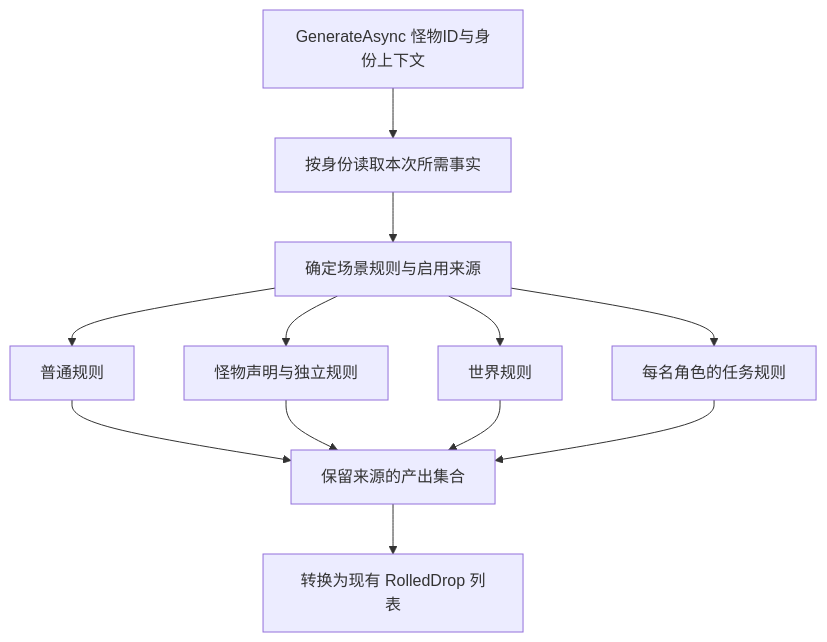
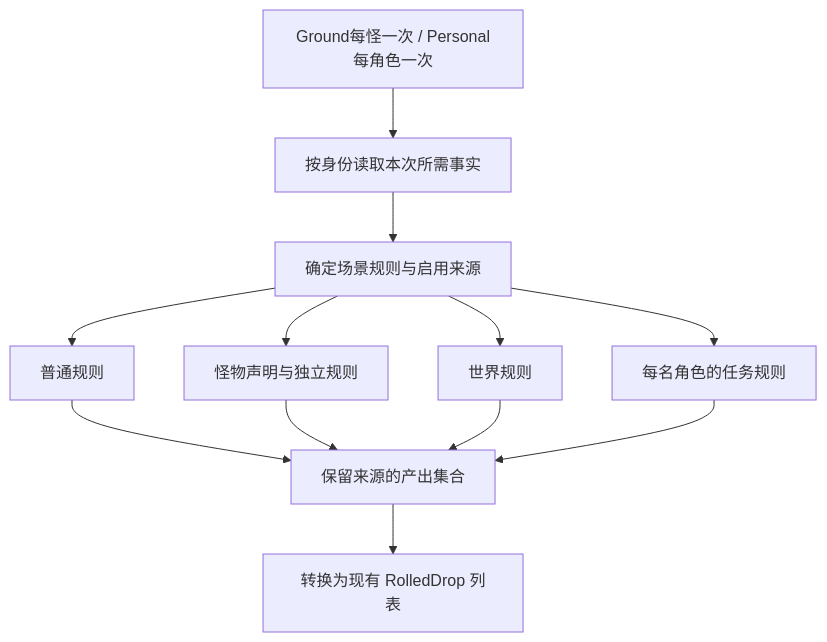
One commit to Gloria-GK-406/DNF-JP-86-Server changed the diagram in Document/掉落来源实施方案.md. Above: the diagram before and after it, drawn with Mermaid. The commit also changed other lines of this file and 9 other files, not shown here.

````diff
--- a/Document/掉落来源实施方案.md
+++ b/Document/掉落来源实施方案.md
@@ -80,14 +80,14 @@
 ```mermaid
 flowchart TD
-    A[GenerateAsync 怪物ID与身份上下文] --> B[按身份读取本次所需事实]
+    A[Ground每怪一次 / Personal每角色一次] --> B[按身份读取本次所需事实]
     B --> C[确定场景规则与启用来源]
     C --> D[普通规则]
     C --> E[怪物声明与独立规则]
     C --> F[世界规则]
     C --> G[每名角色的任务规则]
     D --> H[保留来源的产出集合]
     E --> H
     F --> H
     G --> H
     H --> I[转换为现有 RolledDrop 列表]
 ```
````
